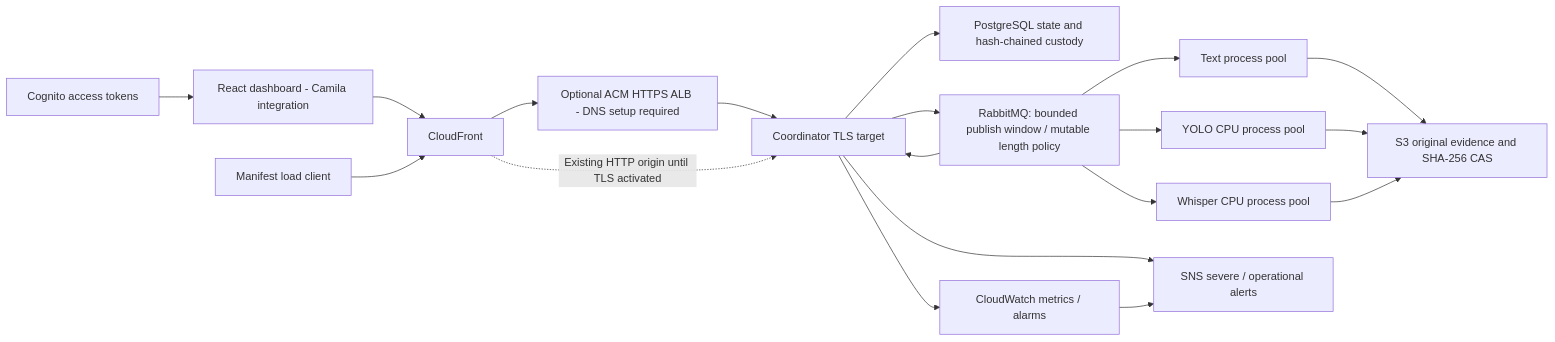
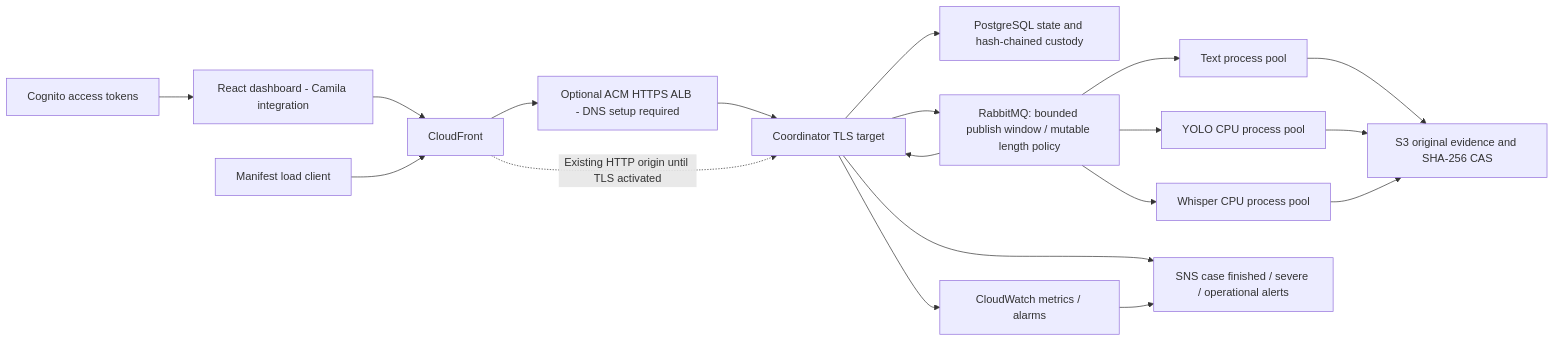
The diagram in docs/architecture/current.md (FabiSax12/distributed_messaging_analysis_platform), drawn with Mermaid before and after one commit. The commit also changed 1 other file, not shown here.

Commit message:
docs: describe the case-finished SNS notification

````diff
--- a/docs/architecture/current.md
+++ b/docs/architecture/current.md
@@ -3,21 +3,21 @@
 ```mermaid
 flowchart LR
     UI[React dashboard - Camila integration] --> CF[CloudFront]
     Load[Manifest load client] --> CF
     Cog[Cognito access tokens] --> UI
     CF --> TLS[Optional ACM HTTPS ALB - DNS setup required]
     TLS --> API[Coordinator TLS target]
     CF -. Existing HTTP origin until TLS activated .-> API
     API --> DB[PostgreSQL state and hash-chained custody]
     API --> Q[RabbitMQ: bounded publish window / mutable length policy]
     Q --> T[Text process pool]
     Q --> I[YOLO CPU process pool]
     Q --> A[Whisper CPU process pool]
     T --> S3[S3 original evidence and SHA-256 CAS]
     I --> S3
     A --> S3
     Q --> API
     API --> CW[CloudWatch metrics / alarms]
-    API --> SNS[SNS severe / operational alerts]
+    API --> SNS[SNS case finished / severe / operational alerts]
     CW --> SNS
 ```
````
